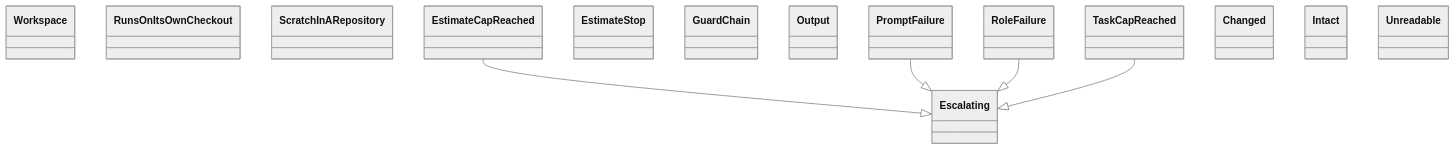
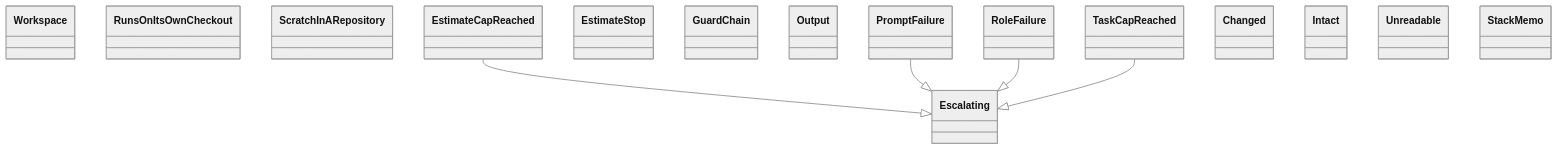
Before and after one commit to GonzaloZevallos/agentic-system: the diagram in docs/architecture/generated/classes-process-application-support-7.md, drawn with Mermaid (neutral theme). The commit also changed 3 other files, not shown here.

Commit message:
Place stack_facts in the docs clusters and regenerate the diagrams

````diff
--- a/docs/architecture/generated/classes-process-application-support-7.md
+++ b/docs/architecture/generated/classes-process-application-support-7.md
@@ -19,21 +19,22 @@
 ```mermaid
 classDiagram
     class ports__Workspace["Workspace"]
     class preflight__RunsOnItsOwnCheckout["RunsOnItsOwnCheckout"]
     class preflight__ScratchInARepository["ScratchInARepository"]
     class run_role__Escalating["Escalating"]
     class run_role__EstimateCapReached["EstimateCapReached"]
     class run_role__EstimateStop["EstimateStop"]
     class run_role__GuardChain["GuardChain"]
     class run_role__Output["Output"]
     class run_role__PromptFailure["PromptFailure"]
     class run_role__RoleFailure["RoleFailure"]
     class run_role__TaskCapReached["TaskCapReached"]
     class spec_guard__Changed["Changed"]
     class spec_guard__Intact["Intact"]
     class spec_guard__Unreadable["Unreadable"]
+    class stack_facts__StackMemo["StackMemo"]
     run_role__EstimateCapReached --|> run_role__Escalating
     run_role__PromptFailure --|> run_role__Escalating
     run_role__RoleFailure --|> run_role__Escalating
     run_role__TaskCapReached --|> run_role__Escalating
 ```
````
